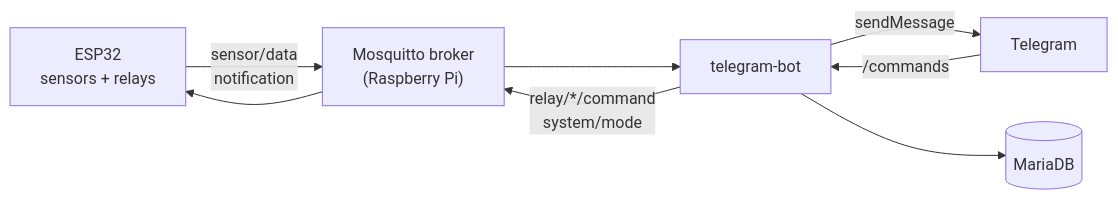
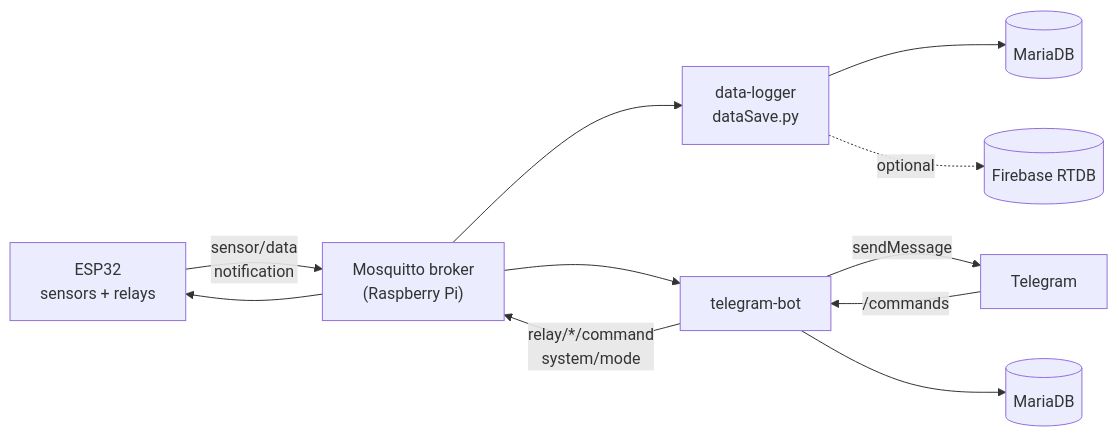
The diagram in README.md (livinglab-source/Romyadhy), drawn with Mermaid before and after one commit. The commit also changed other lines of this file and 31 other files, not shown here.

First line of the commit message:
docs: add data-logger, remove mqtt-bridge

````diff
--- a/README.md
+++ b/README.md
@@ -11,10 +11,13 @@
 ```mermaid
 flowchart LR
   A["ESP32<br/>sensors + relays"] -->|"sensor/data<br/>notification"| B["Mosquitto broker<br/>(Raspberry Pi)"]
+  B --> L["data-logger<br/>dataSave.py"]
+  L --> DB[("MariaDB")]
+  L -.->|optional| FB[("Firebase RTDB")]
   B --> C["telegram-bot"]
   C -->|"sendMessage"| D["Telegram"]
   D -->|"/commands"| C
   C --> E[("MariaDB")]
   C -->|"relay/*/command<br/>system/mode"| B
   B --> A
 ```
````
